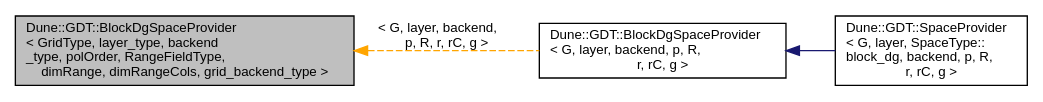
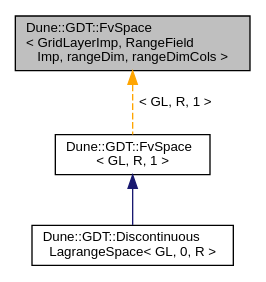
Before and after one commit to dune-community/dune-community.github.io: the diagram in docs/dune-gdt/master/a02620.dot, drawn with Graphviz. The commit also changed 1973 other files, not shown here.

Commit message:
Updated documentation for dune-gdt master

```diff
--- a/docs/dune-gdt/master/a02620.dot
+++ b/docs/dune-gdt/master/a02620.dot
@@ -1,11 +1,10 @@
-digraph "Dune::GDT::BlockDgSpaceProvider&lt; GridType, layer_type, backend_type, polOrder, RangeFieldType, dimRange, dimRangeCols, grid_backend_type &gt;"
+digraph "Dune::GDT::FvSpace&lt; GridLayerImp, RangeFieldImp, rangeDim, rangeDimCols &gt;"
 {
   edge [fontname="Helvetica",fontsize="10",labelfontname="Helvetica",labelfontsize="10"];
   node [fontname="Helvetica",fontsize="10",shape=record];
-  rankdir="LR";
-  Node0 [label="Dune::GDT::BlockDgSpaceProvider\l\< GridType, layer_type, backend\l_type, polOrder, RangeFieldType,\l dimRange, dimRangeCols, grid_backend_type \>",height=0.2,width=0.4,color="black", fillcolor="grey75", style="filled", fontcolor="black"];
-  Node0 -> Node1 [dir="back",color="orange",fontsize="10",style="dashed",label=" \< G, layer, backend,\l p, R, r, rC, g \>" ,fontname="Helvetica"];
-  Node1 [label="Dune::GDT::BlockDgSpaceProvider\l\< G, layer, backend, p, R,\l r, rC, g \>",height=0.2,width=0.4,color="black", fillcolor="white", style="filled",URL="$a02621.html"];
+  Node0 [label="Dune::GDT::FvSpace\l\< GridLayerImp, RangeField\lImp, rangeDim, rangeDimCols \>",height=0.2,width=0.4,color="black", fillcolor="grey75", style="filled", fontcolor="black"];
+  Node0 -> Node1 [dir="back",color="orange",fontsize="10",style="dashed",label=" \< GL, R, 1 \>" ,fontname="Helvetica"];
+  Node1 [label="Dune::GDT::FvSpace\l\< GL, R, 1 \>",height=0.2,width=0.4,color="black", fillcolor="white", style="filled",URL="$a02621.html"];
   Node1 -> Node2 [dir="back",color="midnightblue",fontsize="10",style="solid",fontname="Helvetica"];
-  Node2 [label="Dune::GDT::SpaceProvider\l\< G, layer, SpaceType::\lblock_dg, backend, p, R,\l r, rC, g \>",height=0.2,width=0.4,color="black", fillcolor="white", style="filled",URL="$a02945.html"];
+  Node2 [label="Dune::GDT::Discontinuous\lLagrangeSpace\< GL, 0, R \>",height=0.2,width=0.4,color="black", fillcolor="white", style="filled",URL="$a02585.html"];
 }
```
